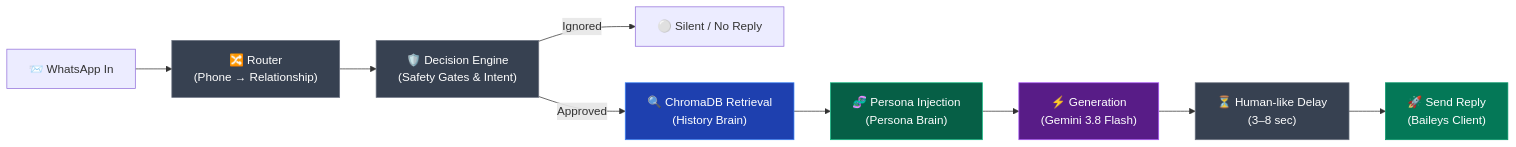
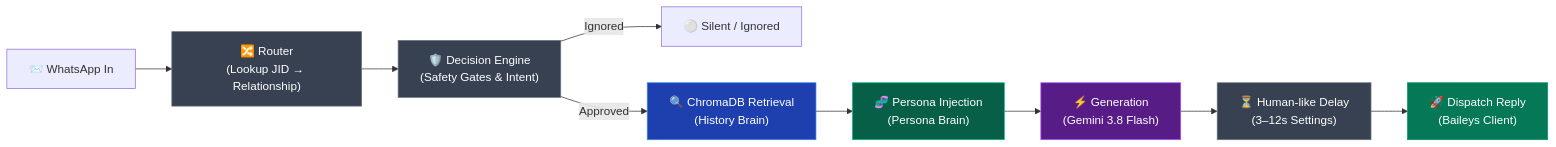
Before and after one commit to kasturimaheshbabu2316-mc/WhatsApp-on-Cruise-Control: the diagram in README.md, drawn with Mermaid. The commit also changed other lines of this file and 15 other files, not shown here.

````diff
--- a/README.md
+++ b/README.md
@@ -16,19 +26,19 @@
 ```mermaid
 flowchart LR
-    A["📨 WhatsApp In"] --> B["🔀 Router<br/>(Phone → Relationship)"]
+    A["📨 WhatsApp In"] --> B["🔀 Router<br/>(Lookup JID → Relationship)"]
     B --> C["🛡️ Decision Engine<br/>(Safety Gates & Intent)"]
-    C -->|Ignored| D["⚪ Silent / No Reply"]
+    C -->|Ignored| D["⚪ Silent / Ignored"]
     C -->|Approved| E["🔍 ChromaDB Retrieval<br/>(History Brain)"]
     E --> F["🧬 Persona Injection<br/>(Persona Brain)"]
     F --> G["⚡ Generation<br/>(Gemini 3.8 Flash)"]
-    G --> H["⏳ Human-like Delay<br/>(3–8 sec)"]
-    H --> I["🚀 Send Reply<br/>(Baileys Client)"]
+    G --> H["⏳ Human-like Delay<br/>(3–12s Settings)"]
+    H --> I["🚀 Dispatch Reply<br/>(Baileys Client)"]
 
     style B fill:#374151,stroke:#6b7280,color:#fff
     style C fill:#374151,stroke:#6b7280,color:#fff
     style E fill:#1e40af,stroke:#3b82f6,color:#fff
     style F fill:#065f46,stroke:#10b981,color:#fff
     style G fill:#581c87,stroke:#a855f7,color:#fff
     style H fill:#374151,stroke:#6b7280,color:#fff
     style I fill:#047857,stroke:#059669,color:#fff
 ```
````
